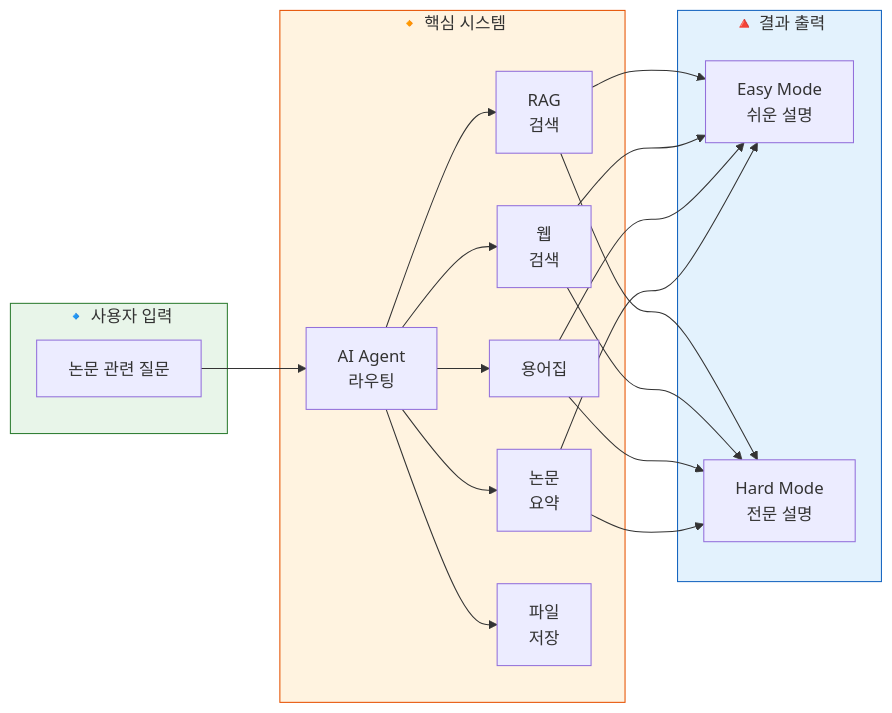
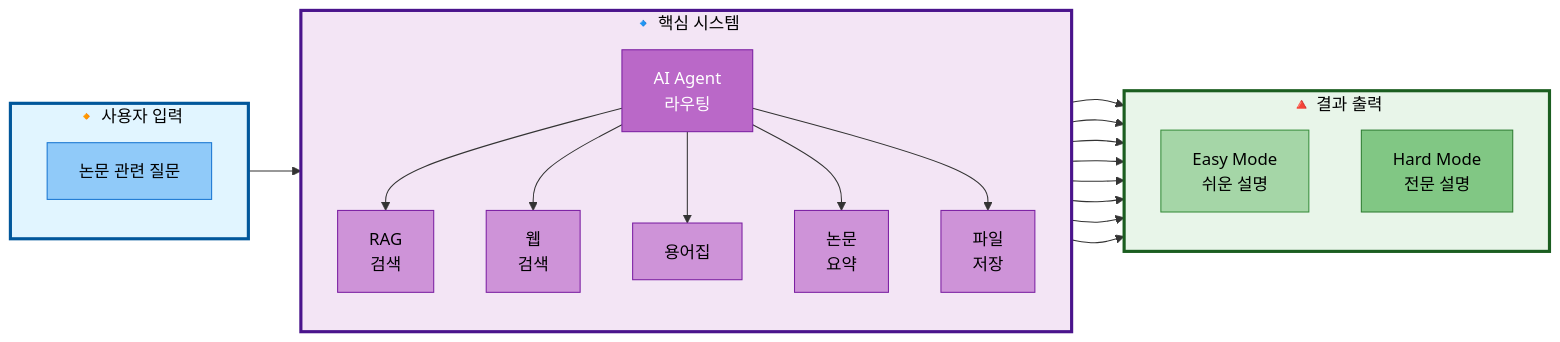
The first of 6 diagrams in docs/PPT/01_프로젝트_개요.md (AIBootcamp14/langchainproject-new-langchainproject_5), drawn with Mermaid before and after one commit. The commit also changed other lines of this file and 5 other files, not shown here.

First line of the commit message:
style(docs): PPT 문서에 mermaid 스타일 가이드 적용

````diff
--- a/docs/PPT/01_프로젝트_개요.md
+++ b/docs/PPT/01_프로젝트_개요.md
@@ -34,39 +34,54 @@
 ```mermaid
 graph LR
-    subgraph Input["🔹 사용자 입력"]
+    subgraph Input["🔸 사용자 입력"]
+        direction TB
         Q[논문 관련 질문]
     end
 
-    subgraph System["🔸 핵심 시스템"]
+    subgraph System["🔹 핵심 시스템"]
+        direction TB
         A[AI Agent<br/>라우팅]
         R[RAG<br/>검색]
         W[웹<br/>검색]
         G[용어집]
         S[논문<br/>요약]
         F[파일<br/>저장]
     end
 
     subgraph Output["🔺 결과 출력"]
+        direction TB
         E[Easy Mode<br/>쉬운 설명]
         H[Hard Mode<br/>전문 설명]
     end
 
     Q --> A
     A --> R
     A --> W
     A --> G
     A --> S
     A --> F
     R --> E
     R --> H
     W --> E
     W --> H
     G --> E
     G --> H
     S --> E
     S --> H
 
-    style Input fill:#e8f5e9,stroke:#2e7d32
-    style System fill:#fff3e0,stroke:#e65100
-    style Output fill:#e3f2fd,stroke:#1565c0
+    %% Subgraph 스타일
+    style Input fill:#e1f5ff,stroke:#01579b,stroke-width:3px,color:#000
+    style System fill:#f3e5f5,stroke:#4a148c,stroke-width:3px,color:#000
+    style Output fill:#e8f5e9,stroke:#1b5e20,stroke-width:3px,color:#000
+
+    %% 노드 스타일
+    style Q fill:#90caf9,stroke:#1976d2,color:#000
+    style A fill:#ba68c8,stroke:#7b1fa2,color:#fff
+    style R fill:#ce93d8,stroke:#7b1fa2,color:#000
+    style W fill:#ce93d8,stroke:#7b1fa2,color:#000
+    style G fill:#ce93d8,stroke:#7b1fa2,color:#000
+    style S fill:#ce93d8,stroke:#7b1fa2,color:#000
+    style F fill:#ce93d8,stroke:#7b1fa2,color:#000
+    style E fill:#a5d6a7,stroke:#388e3c,color:#000
+    style H fill:#81c784,stroke:#2e7d32,color:#000
 ```
````
